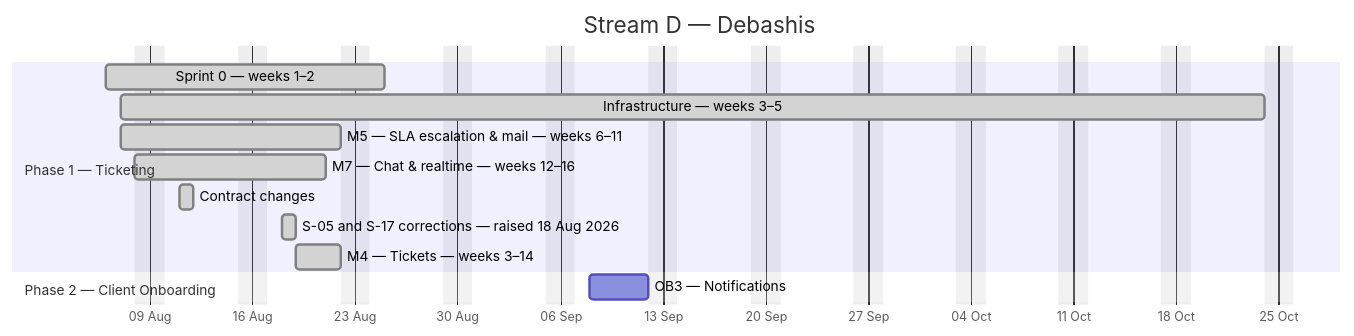
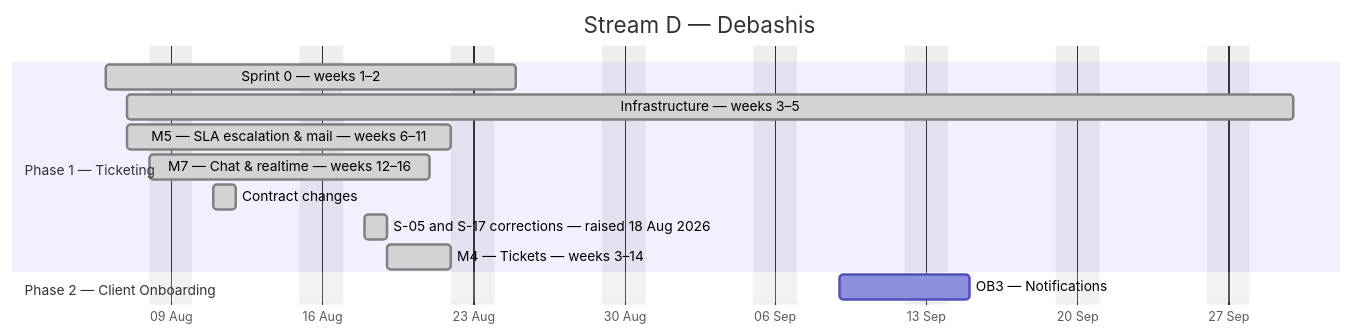
One commit to debashisedunext/EduTrack changed the fourth of 4 diagrams in docs/plan/GANTT.md. Above: the diagram before and after it, drawn with Mermaid. The commit also changed other lines of this file and 11 other files, not shown here.

````diff
--- a/docs/plan/GANTT.md
+++ b/docs/plan/GANTT.md
@@ -187,17 +181,17 @@
 ```mermaid
 gantt
     dateFormat YYYY-MM-DD
     axisFormat %d %b
     title Stream D — Debashis
     excludes weekends
     section Phase 1 — Ticketing
     Sprint 0 — weeks 1–2 :done, d0, 2026-08-06, 13d
-    Infrastructure — weeks 3–5 :done, d1, 2026-08-07, 56d
+    Infrastructure — weeks 3–5 :done, d1, 2026-08-07, 38d
     M5 — SLA  escalation & mail — weeks 6–11 :done, d2, 2026-08-07, 11d
     M7 — Chat & realtime — weeks 12–16 :done, d3, 2026-08-08, 10d
     Contract changes :done, d4, 2026-08-11, 1d
     S-05 and S-17 corrections — raised 18 Aug 2026 :done, d5, 2026-08-18, 1d
     M4 — Tickets — weeks 3–14 :done, d6, 2026-08-19, 3d
     section Phase 2 — Client Onboarding
-    OB3 — Notifications :d7, 2026-09-08, 4d
+    OB3 — Notifications :d7, 2026-09-09, 4d
 ```
````
